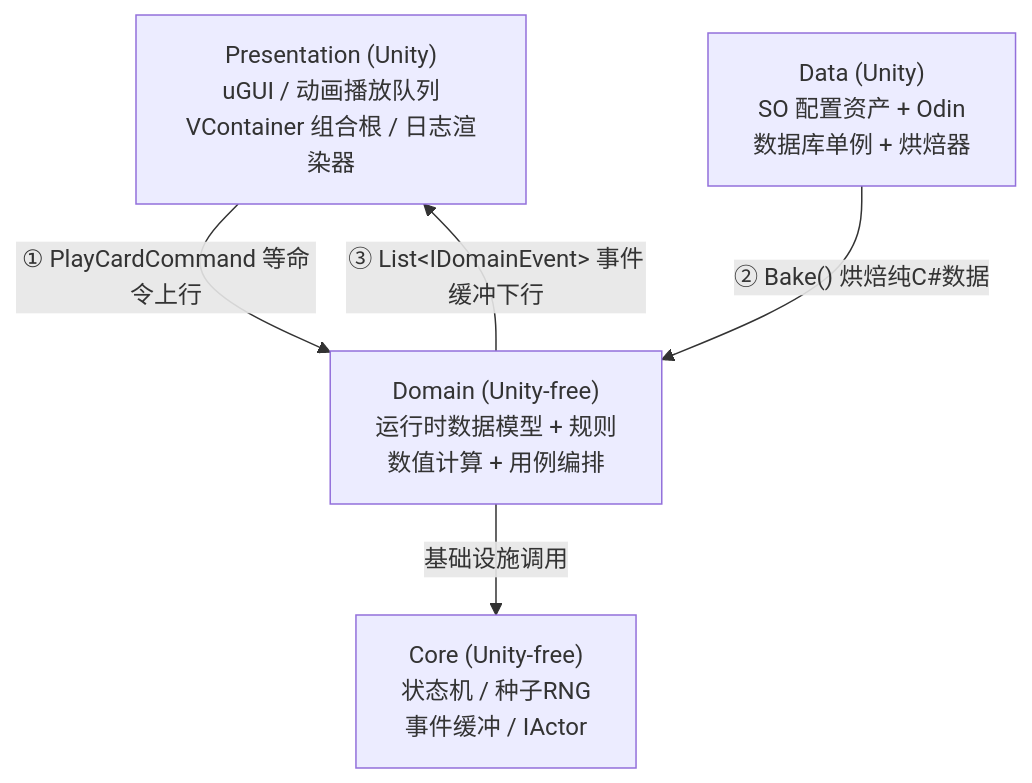
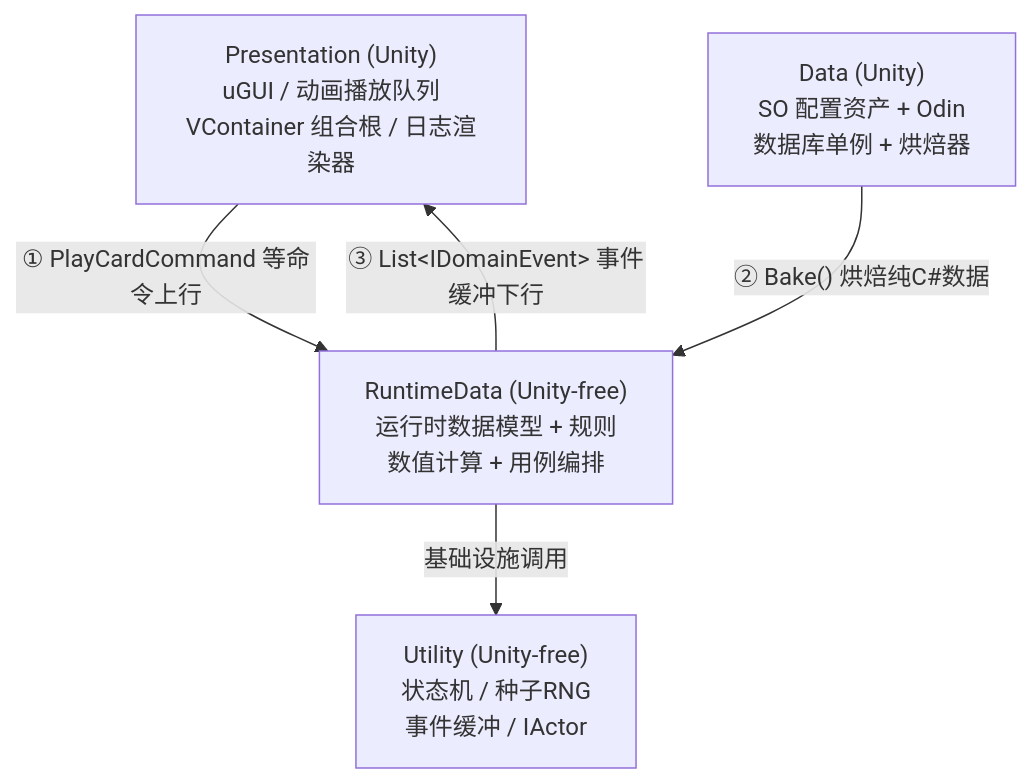
Before and after one commit to mzyqzmd/DreamKeep: the first of 3 diagrams in Docs/04-项目实现顺序与系统解耦设计.md, drawn with Mermaid. The commit also changed other lines of this file and 287 other files, not shown here.

````diff
--- a/Docs/04-项目实现顺序与系统解耦设计.md
+++ b/Docs/04-项目实现顺序与系统解耦设计.md
@@ -133,12 +136,12 @@
 ```mermaid
 graph TD
     P["Presentation (Unity)<br>uGUI / 动画播放队列<br>VContainer 组合根 / 日志渲染器"]
-    D["Domain (Unity-free)<br>运行时数据模型 + 规则<br>数值计算 + 用例编排"]
+    D["RuntimeData (Unity-free)<br>运行时数据模型 + 规则<br>数值计算 + 用例编排"]
     A["Data (Unity)<br>SO 配置资产 + Odin<br>数据库单例 + 烘焙器"]
-    C["Core (Unity-free)<br>状态机 / 种子RNG<br>事件缓冲 / IActor"]
+    C["Utility (Unity-free)<br>状态机 / 种子RNG<br>事件缓冲 / IActor"]
 
     P -->|"① PlayCardCommand 等命令上行"| D
     D -->|"③ List&lt;IDomainEvent&gt; 事件缓冲下行"| P
     A -->|"② Bake() 烘焙纯C#数据"| D
     D -->|"基础设施调用"| C
 ```
````
